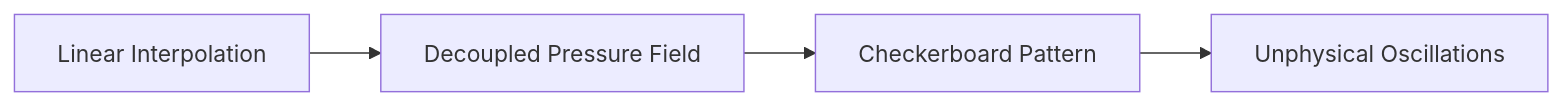
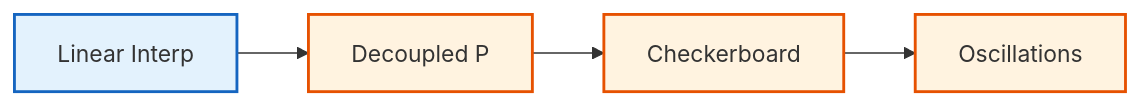
One commit to wramet/build-my-cfd changed the second of 2 diagrams in MODULE_03_SINGLE_PHASE_FLOW/CONTENT/02_PRESSURE_VELOCITY_COUPLING/01_Mathematical_Foundation.md. Above: the diagram before and after it, drawn with Mermaid. The commit also changed other lines of this file and 313 other files, not shown here.

Commit message:
Revise all diagram

````diff
--- a/MODULE_03_SINGLE_PHASE_FLOW/CONTENT/02_PRESSURE_VELOCITY_COUPLING/01_Mathematical_Foundation.md
+++ b/MODULE_03_SINGLE_PHASE_FLOW/CONTENT/02_PRESSURE_VELOCITY_COUPLING/01_Mathematical_Foundation.md
@@ -221,6 +224,10 @@
 ```mermaid
 flowchart LR
-    A[Linear Interpolation] --> B[Decoupled Pressure Field]
-    B --> C[Checkerboard Pattern]
-    C --> D[Unphysical Oscillations]
+%% Classes
+classDef explicit fill:#fff3e0,stroke:#e65100,stroke-width:2px;
+classDef implicit fill:#e3f2fd,stroke:#1565c0,stroke-width:2px;
+%% Nodes
+A[Linear Interp]:::implicit --> B[Decoupled P]:::explicit
+B --> C[Checkerboard]:::explicit
+C --> D[Oscillations]:::explicit
 ```
````
